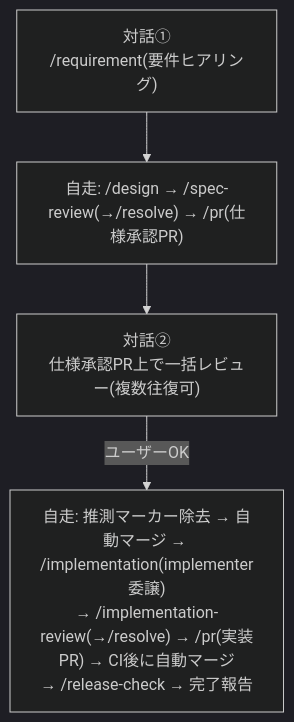
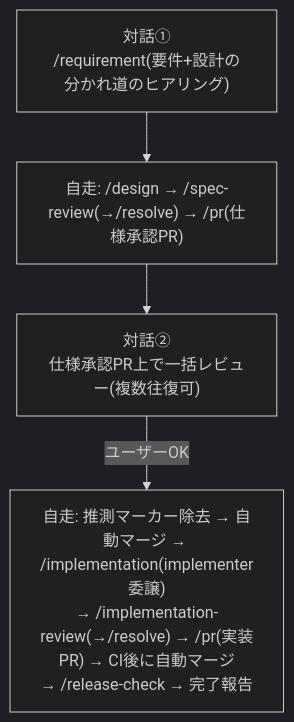
Before and after one commit to zakiyama0108/benriyatool: the first of 3 diagrams in .claude/skills/README.md, drawn with Mermaid (dark theme). The commit also changed 1 other file, not shown here.

Commit message:
docs: autopilotの対話①に設計の分かれ道のヒアリングを追加
分岐パターンが多い・パターン切替で提供機能が大きく変わる・誤推測の
手戻りが大きい事項は、要件ヒアリング時に設計判断まで確認してから
自走に入る(推測マーカーを減らし仕様承認PRの一括レビューを軽くする)。
文言・表示順などの細部は従来どおり推測+マーカーで進める。

````diff
--- a/.claude/skills/README.md
+++ b/.claude/skills/README.md
@@ -51,9 +51,9 @@
 ```mermaid
 flowchart TD
-    hearing["対話①<br>/requirement(要件ヒアリング)"]
+    hearing["対話①<br>/requirement(要件+設計の分かれ道のヒアリング)"]
     auto1["自走: /design → /spec-review(→/resolve) → /pr(仕様承認PR)"]
     prreview["対話②<br>仕様承認PR上で一括レビュー(複数往復可)"]
     auto2["自走: 推測マーカー除去 → 自動マージ → /implementation(implementer委譲)<br>→ /implementation-review(→/resolve) → /pr(実装PR) → CI後に自動マージ<br>→ /release-check → 完了報告"]
 
     hearing --> auto1 --> prreview -->|ユーザーOK| auto2
 ```
````
